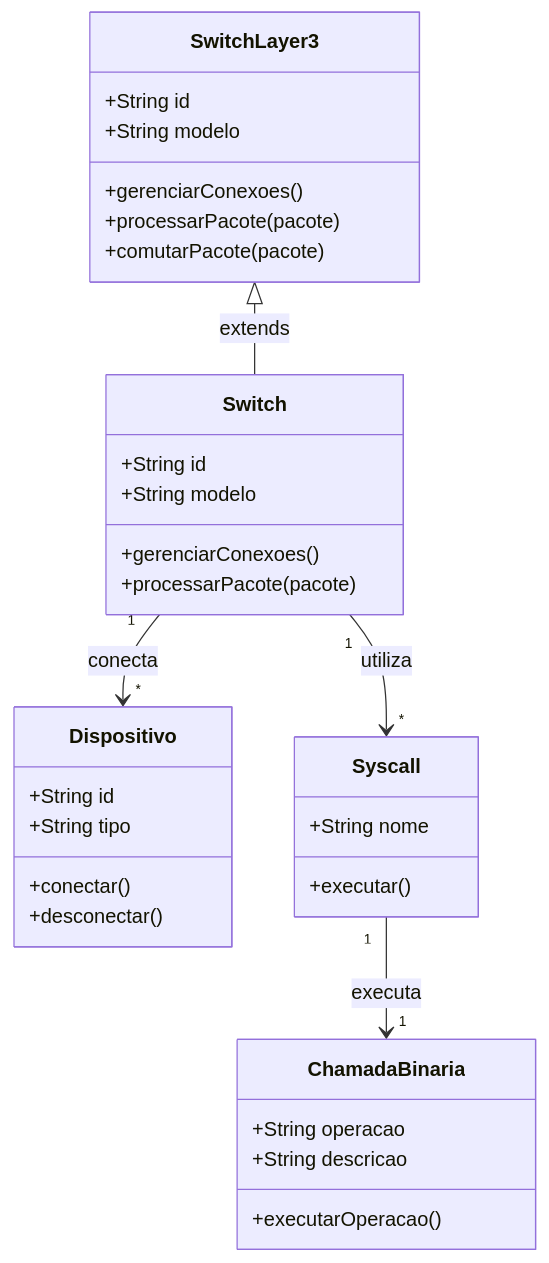
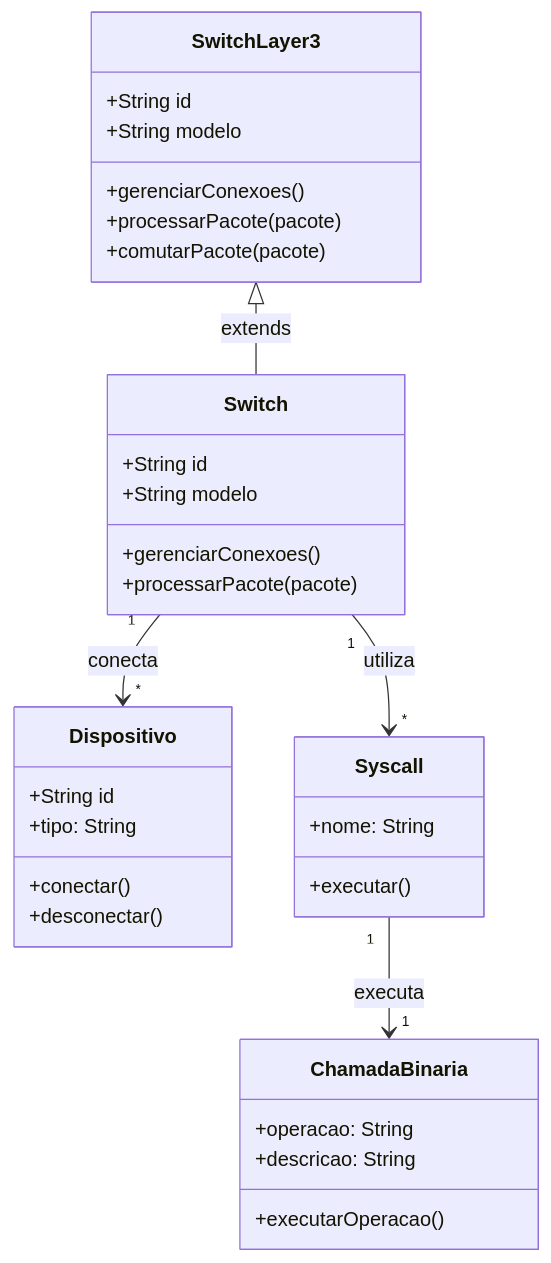
Before and after one commit to Pedro-02931/SENAI: the fifth of 7 diagrams in IoT/Base/readme.md, drawn with Mermaid. The commit also changed other lines of this file and 2 other files, not shown here.

````diff
--- a/IoT/Base/readme.md
+++ b/IoT/Base/readme.md
@@ -227,41 +210,41 @@
 ```mermaid
 classDiagram
     class Switch {
         +String id
         +String modelo
         +gerenciarConexoes()
         +processarPacote(pacote)
     }
 
     class SwitchLayer3 {
         +String id
         +String modelo
         +gerenciarConexoes()
         +processarPacote(pacote)
         +comutarPacote(pacote)
     }
 
     class Dispositivo {
         +String id
-        +String tipo
+        +tipo: String
         +conectar()
         +desconectar()
     }
 
     class Syscall {
-        +String nome
+        +nome: String
         +executar()
     }
 
     class ChamadaBinaria {
-        +String operacao
-        +String descricao
+        +operacao: String
+        +descricao: String
         +executarOperacao()
     }
 
     %% Relacionamentos
     Switch "1" --> "*" Dispositivo : conecta
     Switch "1" --> "*" Syscall : utiliza
     Syscall "1" --> "1" ChamadaBinaria : executa
     SwitchLayer3 <|-- Switch : extends
 ```
````
